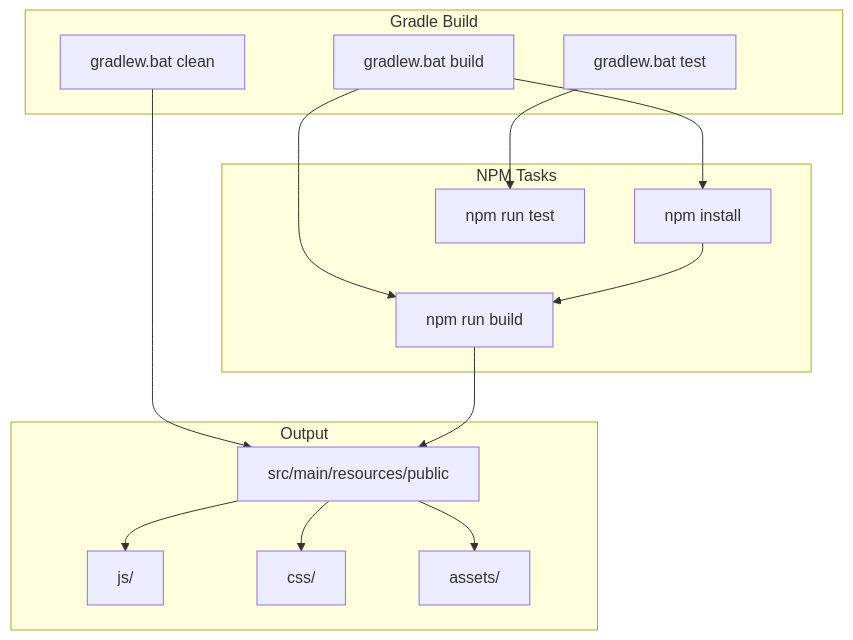
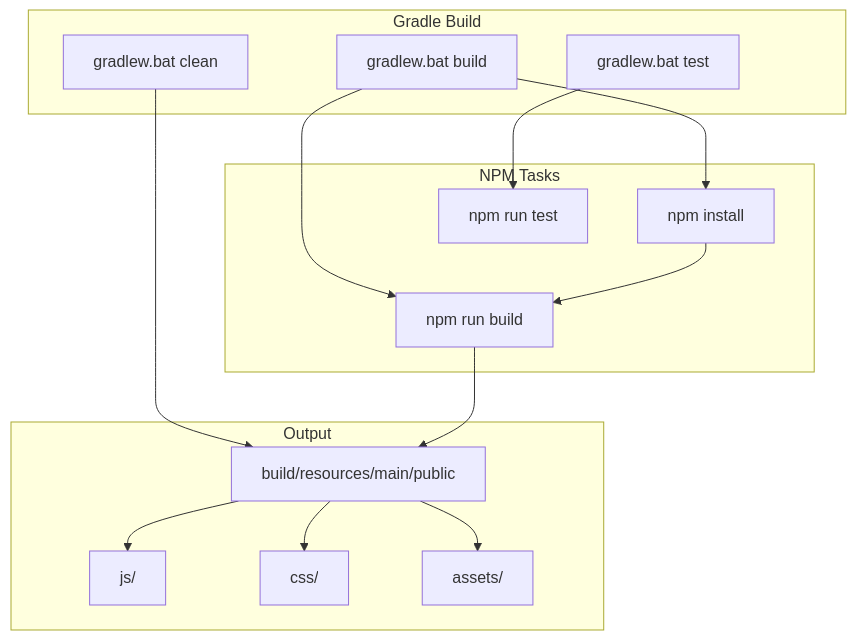
One commit to Lezhik/SpringTwin changed the diagram in docs/tasks/sprint-1/F1.6-vue-build-gradle.md. Above: the diagram before and after it, drawn with Mermaid. The commit also changed other lines of this file and 14 other files, not shown here.

````diff
--- a/docs/tasks/sprint-1/F1.6-vue-build-gradle.md
+++ b/docs/tasks/sprint-1/F1.6-vue-build-gradle.md
@@ -37,32 +37,32 @@
 ```mermaid
 graph TD
     subgraph Gradle Build
         gradle_build[gradlew.bat build]
         gradle_clean[gradlew.bat clean]
         gradle_test[gradlew.bat test]
     end
     
     subgraph NPM Tasks
         npm_install[npm install]
         npm_build[npm run build]
         npm_test[npm run test]
     end
     
     subgraph Output
-        resources_public[src/main/resources/public]
+        resources_public[build/resources/main/public]
         js_files[js/]
         css_files[css/]
         assets[assets/]
     end
     
     gradle_build --> npm_install
     gradle_build --> npm_build
     gradle_test --> npm_test
     gradle_clean --> resources_public
     
     npm_install --> npm_build
     npm_build --> resources_public
     resources_public --> js_files
     resources_public --> css_files
     resources_public --> assets
 ```
````
